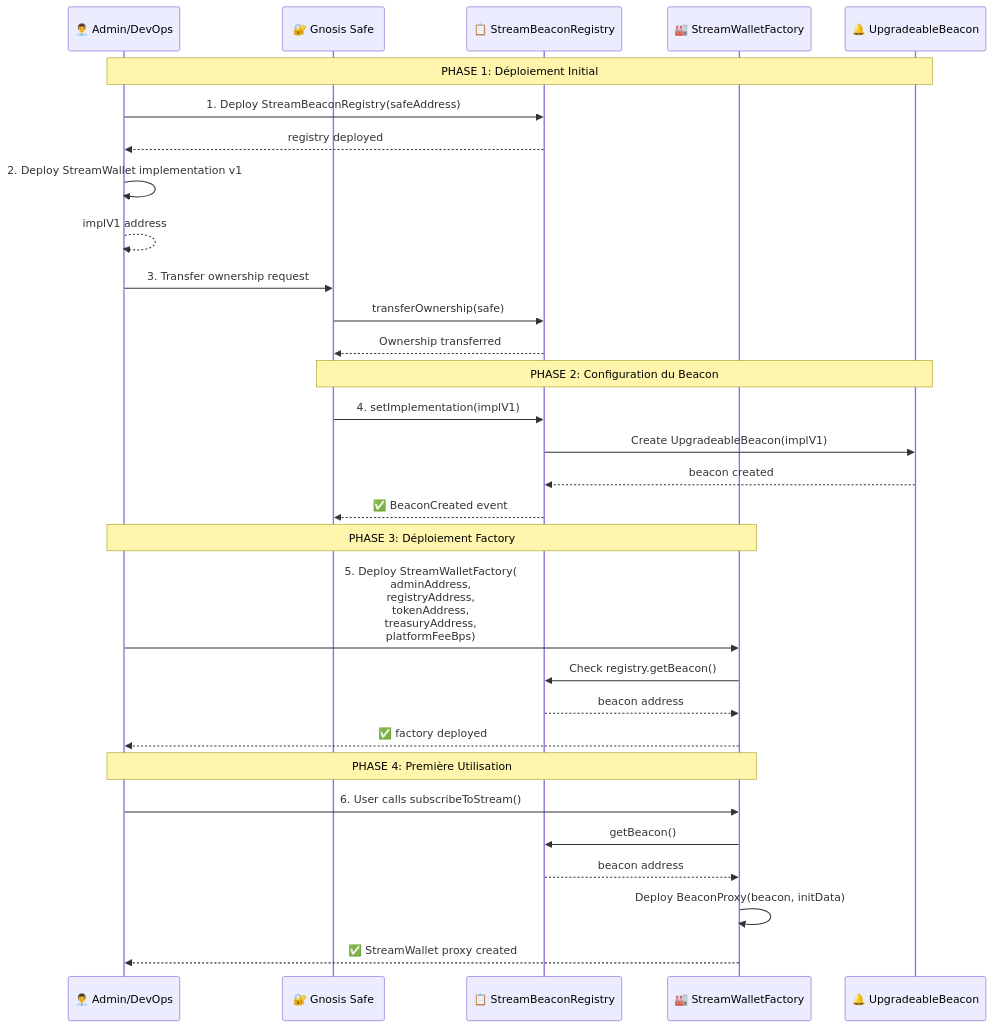
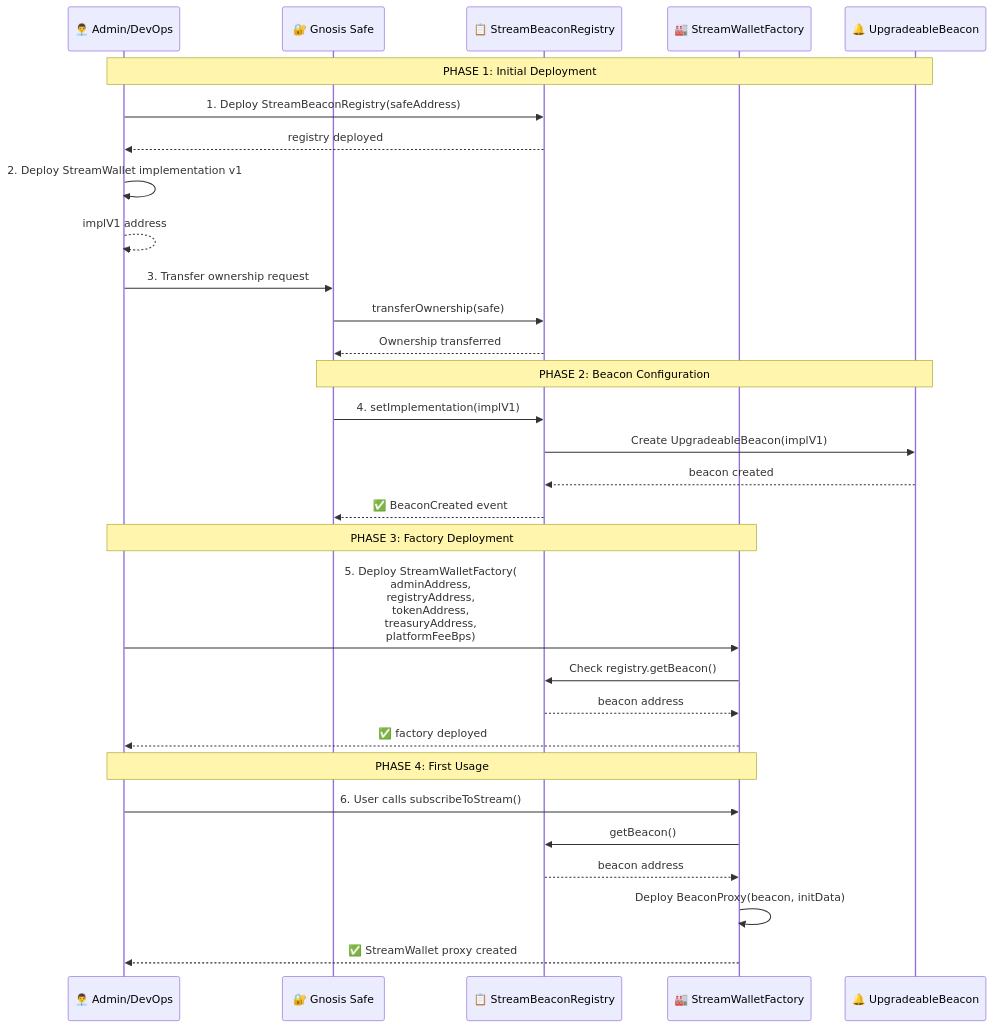
The fourth of 6 diagrams in chiliz-tv/docs/src/README.md (ChilizTV/smart-contracts), drawn with Mermaid before and after one commit. The commit also changed other lines of this file, not shown here.

````diff
--- a/chiliz-tv/docs/src/README.md
+++ b/chiliz-tv/docs/src/README.md
@@ -363,42 +363,42 @@
 ```mermaid
 sequenceDiagram
     participant Admin as 👨‍💼 Admin/DevOps
     participant Safe as 🔐 Gnosis Safe
     participant Registry as 📋 StreamBeaconRegistry
     participant Factory as 🏭 StreamWalletFactory
     participant Beacon as 🔔 UpgradeableBeacon
 
-    Note over Admin,Beacon: PHASE 1: Déploiement Initial
+    Note over Admin,Beacon: PHASE 1: Initial Deployment
     
     Admin->>Registry: 1. Deploy StreamBeaconRegistry(safeAddress)
     Registry-->>Admin: registry deployed
     
     Admin->>Admin: 2. Deploy StreamWallet implementation v1
     Admin-->>Admin: implV1 address
     
     Admin->>Safe: 3. Transfer ownership request
     Safe->>Registry: transferOwnership(safe)
     Registry-->>Safe: Ownership transferred
     
-    Note over Safe,Beacon: PHASE 2: Configuration du Beacon
+    Note over Safe,Beacon: PHASE 2: Beacon Configuration
     
     Safe->>Registry: 4. setImplementation(implV1)
     Registry->>Beacon: Create UpgradeableBeacon(implV1)
     Beacon-->>Registry: beacon created
     Registry-->>Safe: ✅ BeaconCreated event
     
-    Note over Admin,Factory: PHASE 3: Déploiement Factory
+    Note over Admin,Factory: PHASE 3: Factory Deployment
     
     Admin->>Factory: 5. Deploy StreamWalletFactory(<br/>adminAddress,<br/>registryAddress,<br/>tokenAddress,<br/>treasuryAddress,<br/>platformFeeBps)
     Factory->>Registry: Check registry.getBeacon()
     Registry-->>Factory: beacon address
     Factory-->>Admin: ✅ factory deployed
     
-    Note over Admin,Factory: PHASE 4: Première Utilisation
+    Note over Admin,Factory: PHASE 4: First Usage
     
     Admin->>Factory: 6. User calls subscribeToStream()
     Factory->>Registry: getBeacon()
     Registry-->>Factory: beacon address
     Factory->>Factory: Deploy BeaconProxy(beacon, initData)
     Factory-->>Admin: ✅ StreamWallet proxy created
 ```
````
